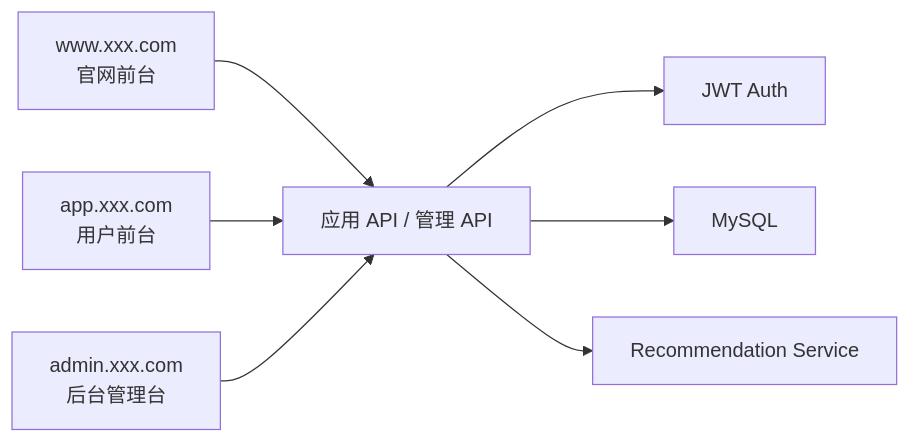
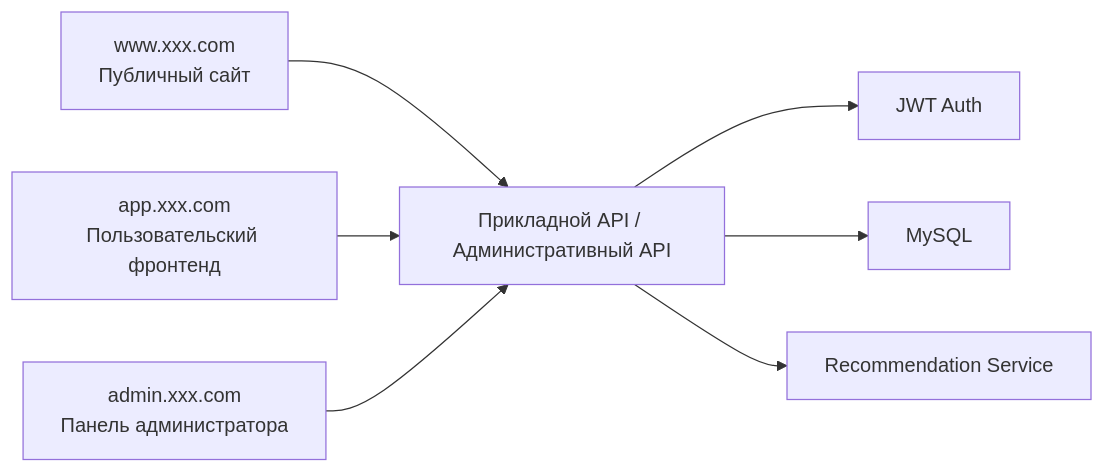
One commit to Libertad-Harbour-LLC/study_vibe changed the first of 2 diagrams in docs/ru-ru/stage-2/assignments/movie-recommendation-springboot/PRD.md. Above: the diagram before and after it, drawn with Mermaid. The commit also changed other lines of this file and 17 other files, not shown here.

````diff
--- a/docs/ru-ru/stage-2/assignments/movie-recommendation-springboot/PRD.md
+++ b/docs/ru-ru/stage-2/assignments/movie-recommendation-springboot/PRD.md
@@ -15,9 +15,9 @@
 ```mermaid
 flowchart LR
-  WWW["www.xxx.com<br/>官网前台"] --> API["应用 API / 管理 API"]
-  APP["app.xxx.com<br/>用户前台"] --> API
-  ADMIN["admin.xxx.com<br/>后台管理台"] --> API
+  WWW["www.xxx.com<br/>Публичный сайт"] --> API["Прикладной API / Административный API"]
+  APP["app.xxx.com<br/>Пользовательский фронтенд"] --> API
+  ADMIN["admin.xxx.com<br/>Панель администратора"] --> API
   API --> AUTH["JWT Auth"]
   API --> DB["MySQL"]
   API --> REC["Recommendation Service"]
 ```
````
